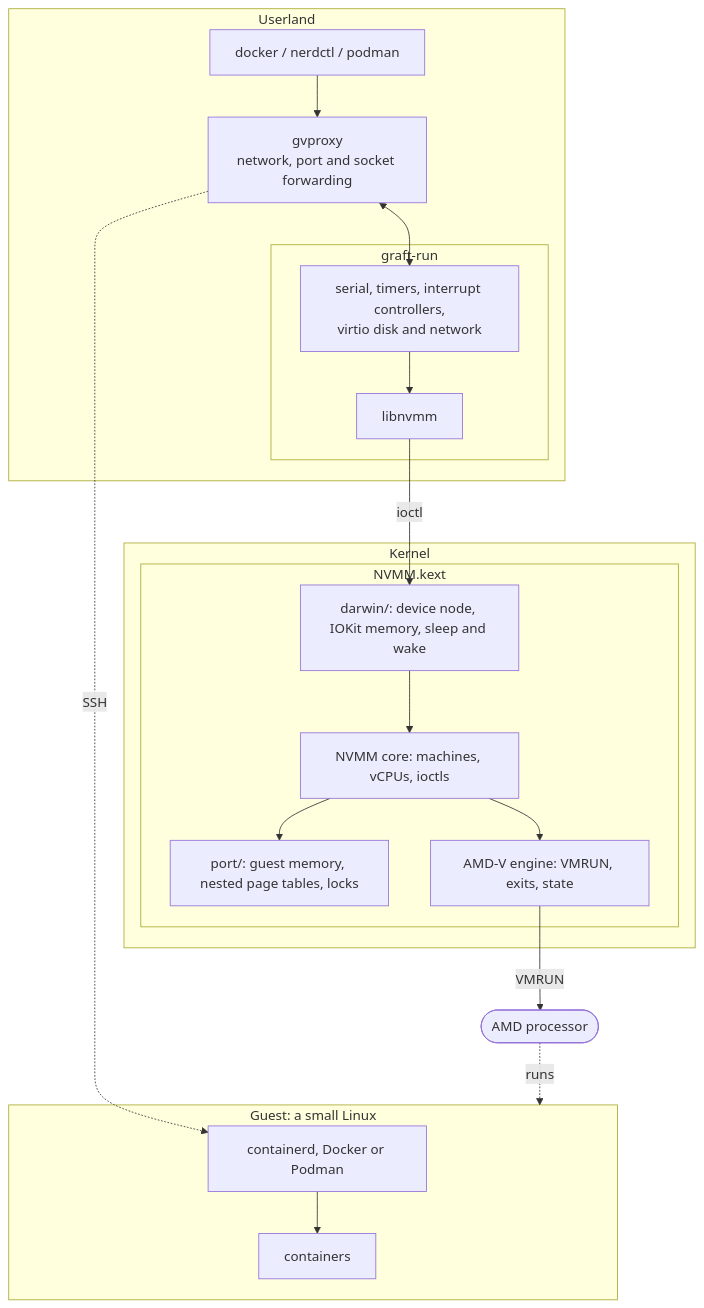
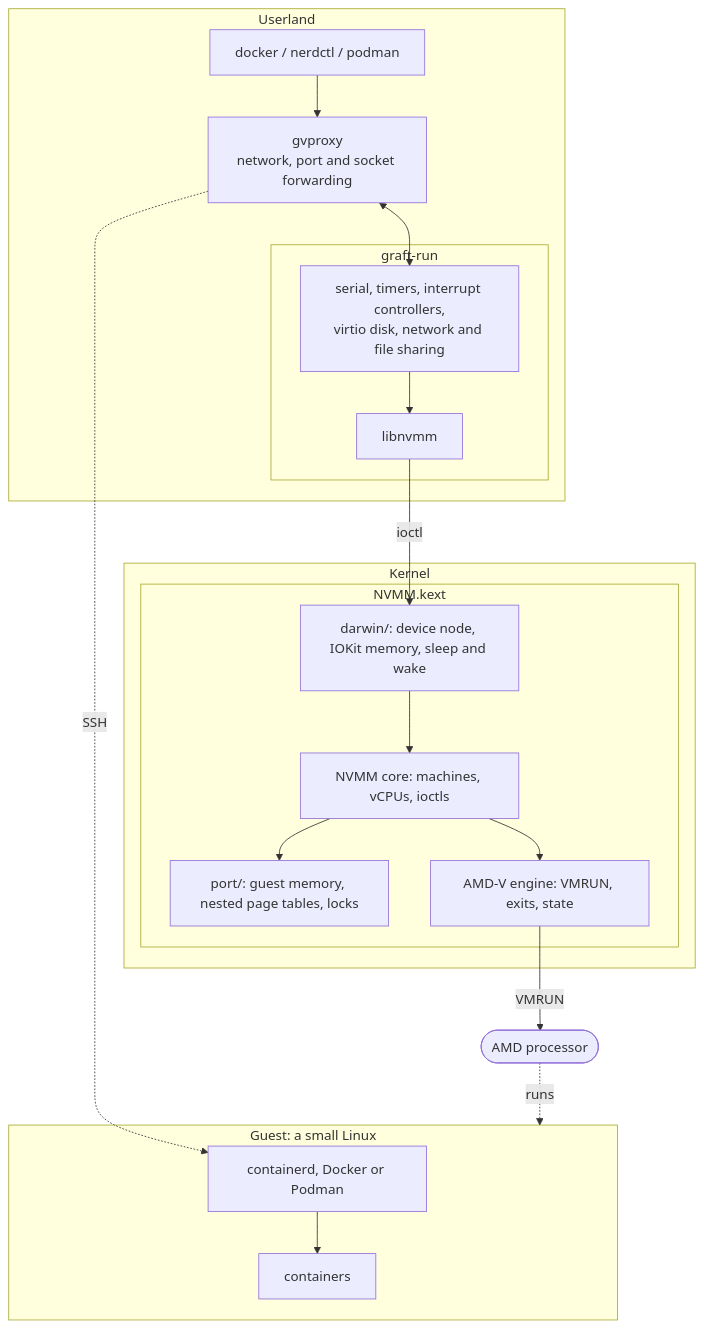
The third of 7 diagrams in README.md (milouk/graft), drawn with Mermaid before and after one commit. The commit also changed other lines of this file and 15 other files, not shown here.

````diff
--- a/README.md
+++ b/README.md
@@ -61,38 +61,38 @@
 ```mermaid
 flowchart TB
     subgraph user["Userland"]
         cli["docker / nerdctl / podman"]
         gv["gvproxy<br/>network, port and socket forwarding"]
         subgraph vmm["graft-run"]
-            dev["serial, timers, interrupt controllers,<br/>virtio disk and network"]
+            dev["serial, timers, interrupt controllers,<br/>virtio disk, network and file sharing"]
             lib["libnvmm"]
         end
     end
 
     subgraph kernel["Kernel"]
         subgraph kext["NVMM.kext"]
             glue["darwin/: device node, IOKit memory, sleep and wake"]
             port["port/: guest memory, nested page tables, locks"]
             core["NVMM core: machines, vCPUs, ioctls"]
             svm["AMD-V engine: VMRUN, exits, state"]
         end
     end
 
     subgraph guest["Guest: a small Linux"]
         rt["containerd, Docker or Podman"]
         ctr["containers"]
     end
 
     cpu(["AMD processor"])
 
     cli --> gv
     gv <--> dev
     dev --> lib
     lib -- "ioctl" --> glue
     glue --> core --> svm
     core --> port
     svm -- "VMRUN" --> cpu
     cpu -. "runs" .-> guest
     gv -. "SSH" .-> rt
     rt --> ctr
 ```
````
